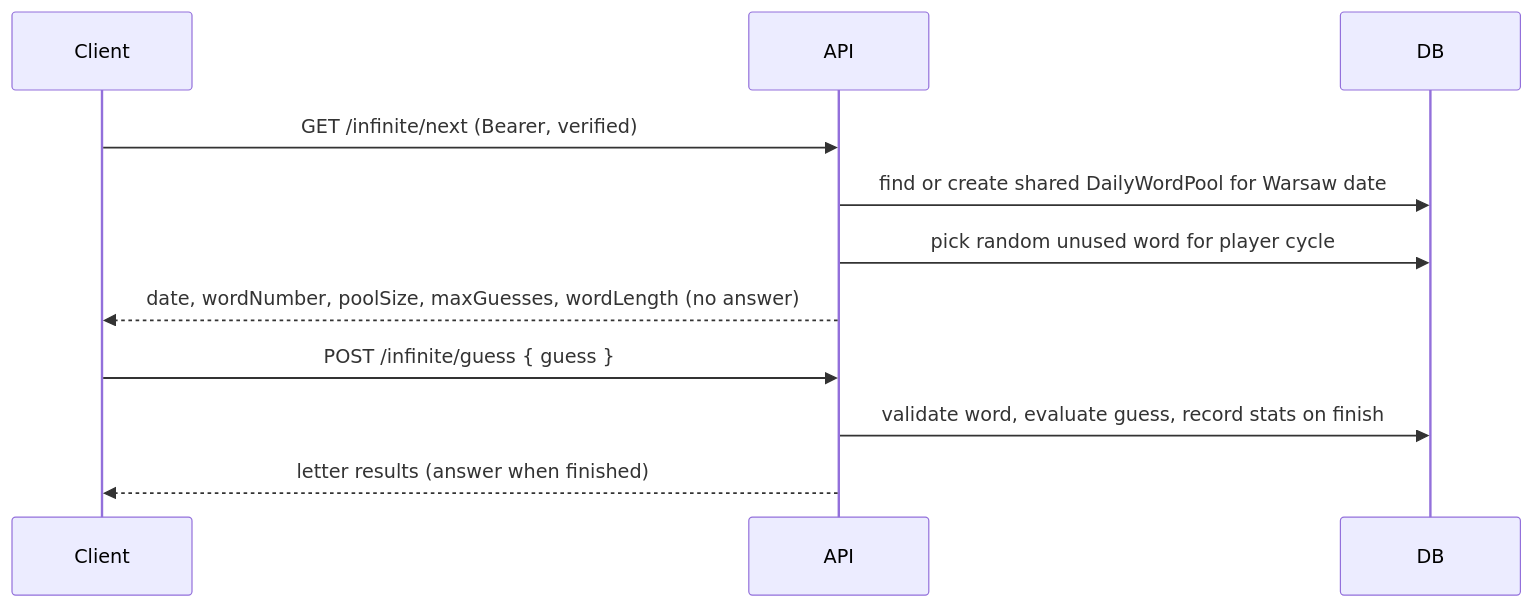
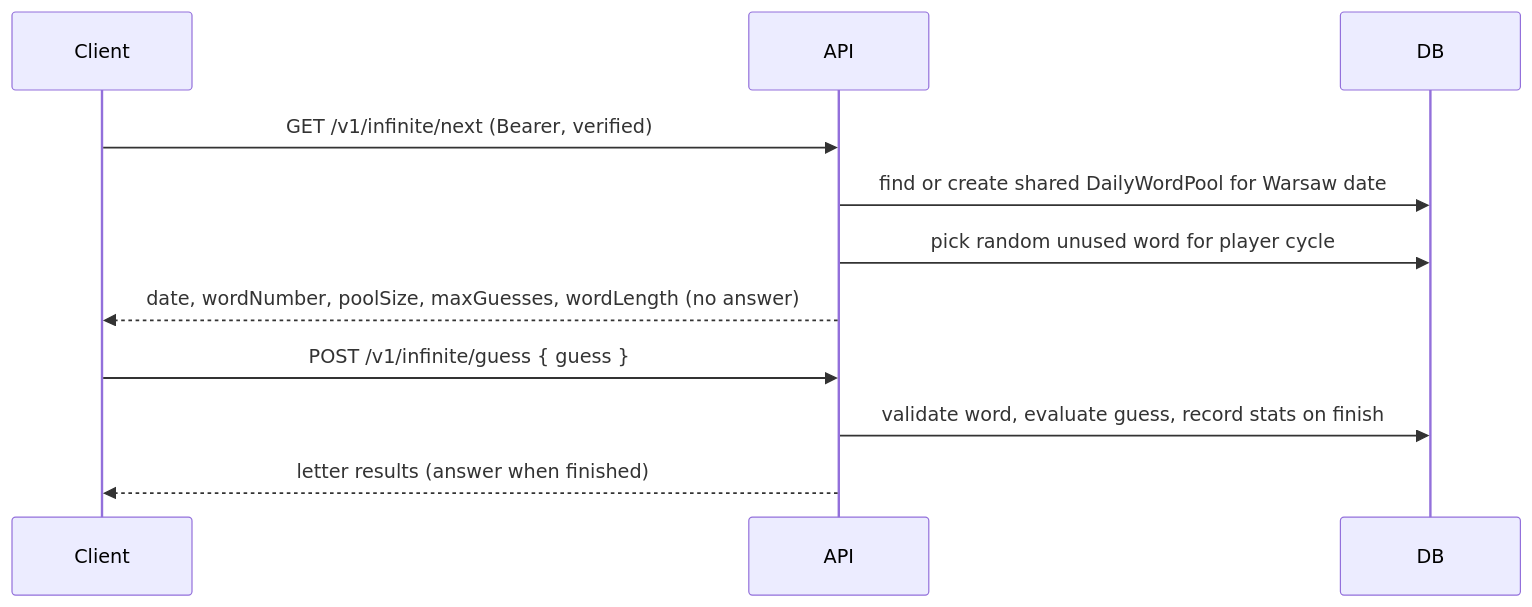
Before and after one commit to habbababbai/wordlopol: the third of 3 diagrams in apps/api/docs/API.md, drawn with Mermaid. The commit also changed other lines of this file and 40 other files, not shown here.

````diff
--- a/apps/api/docs/API.md
+++ b/apps/api/docs/API.md
@@ -571,14 +582,14 @@
 ```mermaid
 sequenceDiagram
     participant Client
     participant API
     participant DB
 
-    Client->>API: GET /infinite/next (Bearer, verified)
+    Client->>API: GET /v1/infinite/next (Bearer, verified)
     API->>DB: find or create shared DailyWordPool for Warsaw date
     API->>DB: pick random unused word for player cycle
     API-->>Client: date, wordNumber, poolSize, maxGuesses, wordLength (no answer)
-    Client->>API: POST /infinite/guess { guess }
+    Client->>API: POST /v1/infinite/guess { guess }
     API->>DB: validate word, evaluate guess, record stats on finish
     API-->>Client: letter results (answer when finished)
 ```
````
